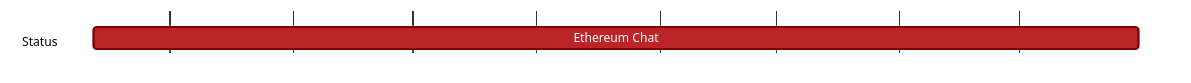
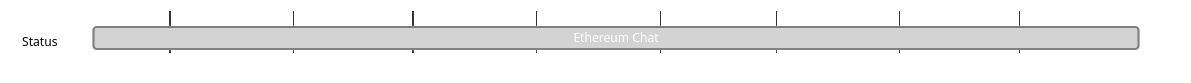
The diagram in content/vac/acz/secure-channels/waku/mls-design.md (logos-co/roadmap), drawn with Mermaid before and after one commit. The commit also changed other lines of this file and 6 other files, not shown here.

Commit message:
chore(acz): update roadmap with progress uptil July, 2024 (#80)

````diff
--- a/content/vac/acz/secure-channels/waku/mls-design.md
+++ b/content/vac/acz/secure-channels/waku/mls-design.md
@@ -7,20 +7,20 @@
 ```mermaid
 %%{ 
   init: { 
     'theme': 'base', 
     'themeVariables': { 
       'primaryColor': '#BB2528', 
       'primaryTextColor': '#fff', 
       'primaryBorderColor': '#7C0000', 
       'lineColor': '#F8B229', 
       'secondaryColor': '#006100', 
       'tertiaryColor': '#fff' 
     } 
   } 
 }%%
 gantt
   tickInterval 1month
   dateFormat YYYY-MM-DD 
   section Status
-    Ethereum Chat: 2023-09-12, 2024-05-31
+    Ethereum Chat: done, 2023-09-12, 2024-05-31
 ```
````
